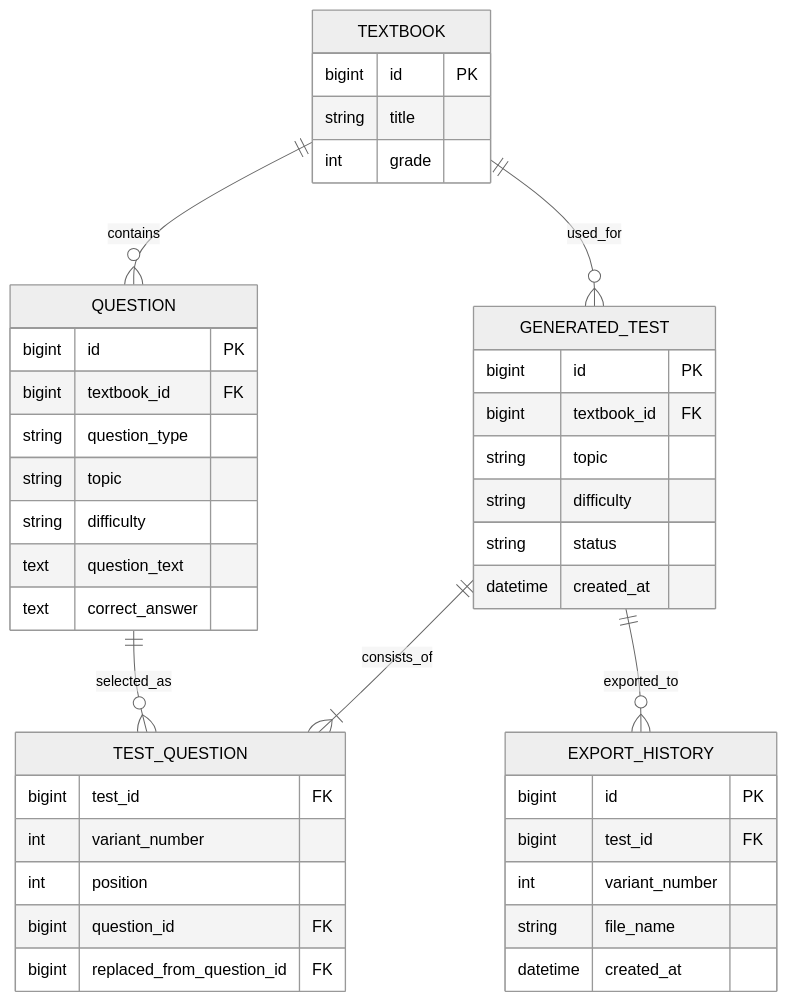
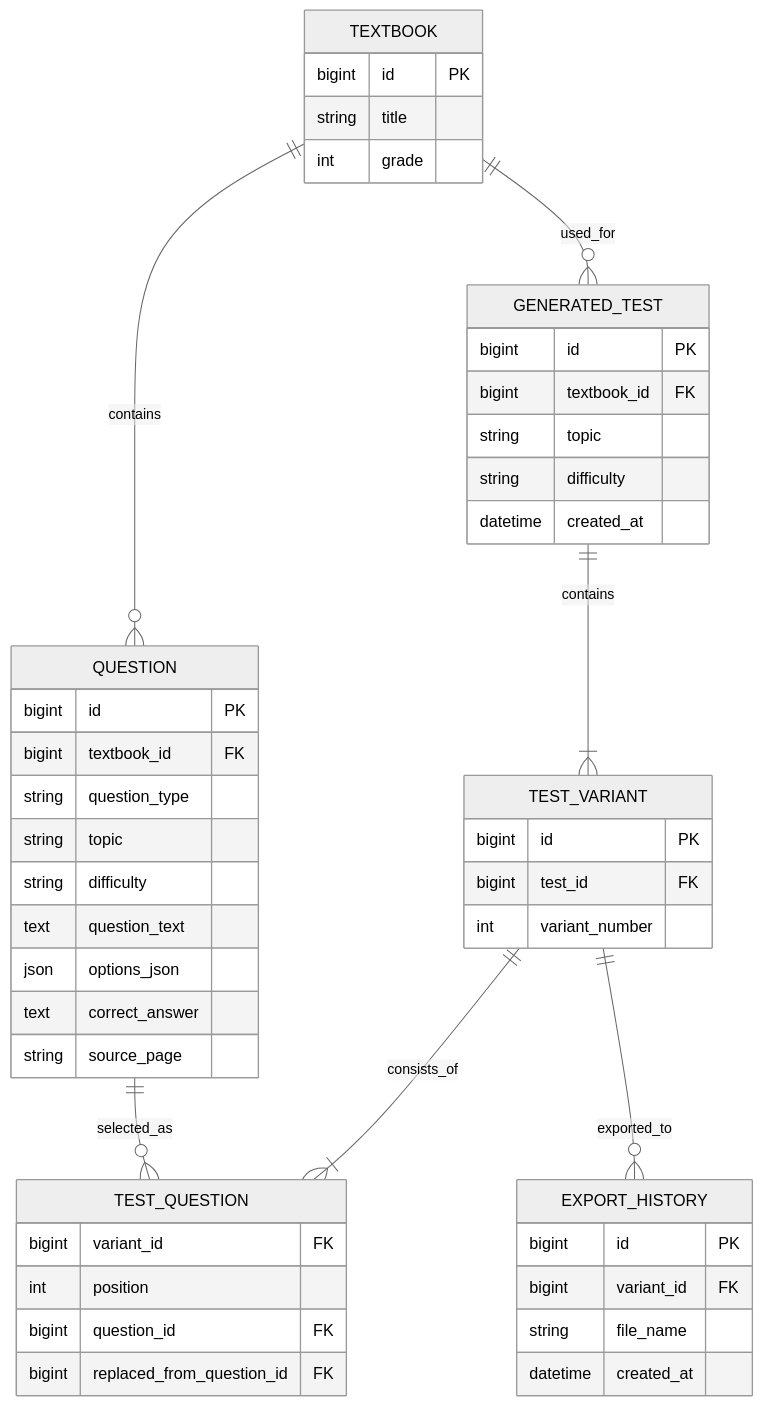
One commit to us6fu1/system-analysis changed the first of 4 diagrams in technical-design.md. Above: the diagram before and after it, drawn with Mermaid (neutral theme). The commit also changed other lines of this file and 5 other files, not shown here.

````diff
--- a/technical-design.md
+++ b/technical-design.md
@@ -15,45 +16,50 @@
 ```mermaid
 erDiagram
     TEXTBOOK ||--o{ QUESTION : contains
     TEXTBOOK ||--o{ GENERATED_TEST : used_for
-    GENERATED_TEST ||--|{ TEST_QUESTION : consists_of
+    GENERATED_TEST ||--|{ TEST_VARIANT : contains
+    TEST_VARIANT ||--|{ TEST_QUESTION : consists_of
     QUESTION ||--o{ TEST_QUESTION : selected_as
-    GENERATED_TEST ||--o{ EXPORT_HISTORY : exported_to
+    TEST_VARIANT ||--o{ EXPORT_HISTORY : exported_to
 
     TEXTBOOK {
         bigint id PK
         string title
         int grade
     }
     QUESTION {
         bigint id PK
         bigint textbook_id FK
         string question_type
         string topic
         string difficulty
         text question_text
+        json options_json
         text correct_answer
+        string source_page
     }
     GENERATED_TEST {
         bigint id PK
         bigint textbook_id FK
         string topic
         string difficulty
-        string status
         datetime created_at
     }
-    TEST_QUESTION {
+    TEST_VARIANT {
+        bigint id PK
         bigint test_id FK
         int variant_number
+    }
+    TEST_QUESTION {
+        bigint variant_id FK
         int position
         bigint question_id FK
         bigint replaced_from_question_id FK
     }
     EXPORT_HISTORY {
         bigint id PK
-        bigint test_id FK
-        int variant_number
+        bigint variant_id FK
         string file_name
         datetime created_at
     }
 ```
````
